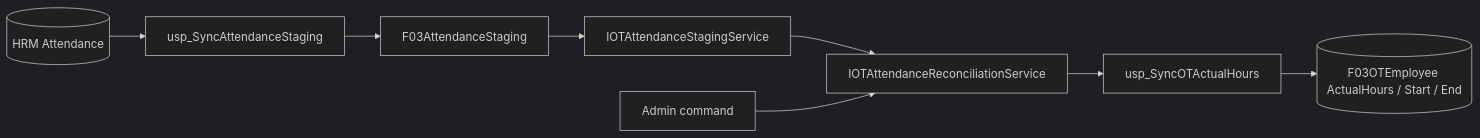
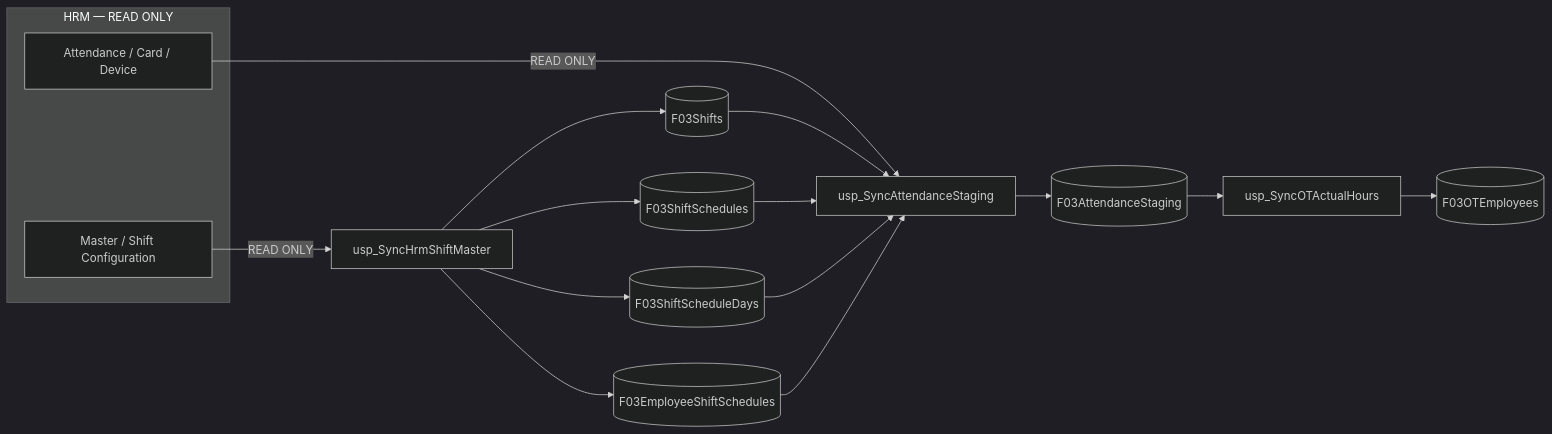
Before and after one commit to Nang0559/Reggister: the seventh of 11 diagrams in MÔ HÌNH/01_FLOWS_TOTAL.md, drawn with Mermaid (dark theme). The commit also changed other lines of this file, not shown here.

Commit message:
docs: align D3 with current HRM shift and attendance SQL

````diff
--- a/MÔ HÌNH/01_FLOWS_TOTAL.md
+++ b/MÔ HÌNH/01_FLOWS_TOTAL.md
@@ -151,10 +156,22 @@
 ```mermaid
 flowchart LR
-    HRM[(HRM Attendance)] --> P1[usp_SyncAttendanceStaging]
-    P1 --> S[F03AttendanceStaging]
-    S --> ST[IOTAttendanceStagingService]
-    ST --> RC[IOTAttendanceReconciliationService]
-    RC --> P2[usp_SyncOTActualHours]
-    P2 --> OT[(F03OTEmployee ActualHours / Start / End)]
-    ADMIN[Admin command] --> RC
+    subgraph HRM[HRM — READ ONLY]
+        HM[Master / Shift Configuration]
+        HA[Attendance / Card / Device]
+    end
+
+    HM -->|READ ONLY| P1[usp_SyncHrmShiftMaster]
+    P1 --> SM[(F03Shifts)]
+    P1 --> SS[(F03ShiftSchedules)]
+    P1 --> SD[(F03ShiftScheduleDays)]
+    P1 --> ES[(F03EmployeeShiftSchedules)]
+
+    HA -->|READ ONLY| P2[usp_SyncAttendanceStaging]
+    SM --> P2
+    SS --> P2
+    SD --> P2
+    ES --> P2
+    P2 --> AST[(F03AttendanceStaging)]
+    AST --> P3[usp_SyncOTActualHours]
+    P3 --> OT[(F03OTEmployees)]
 ```
````
